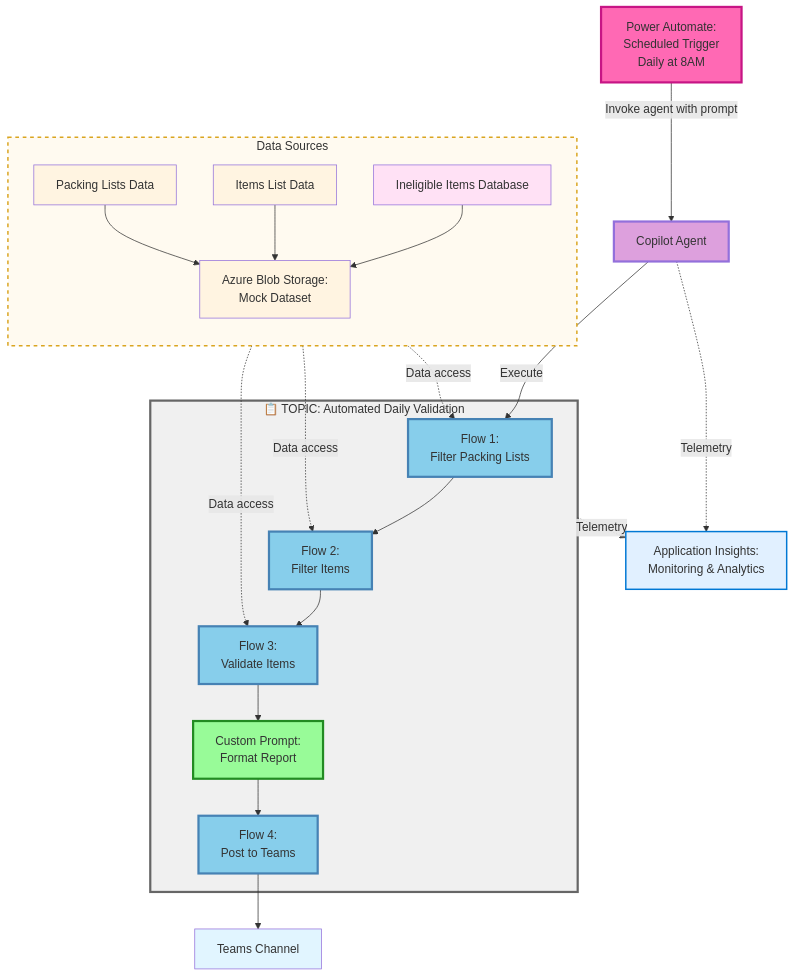
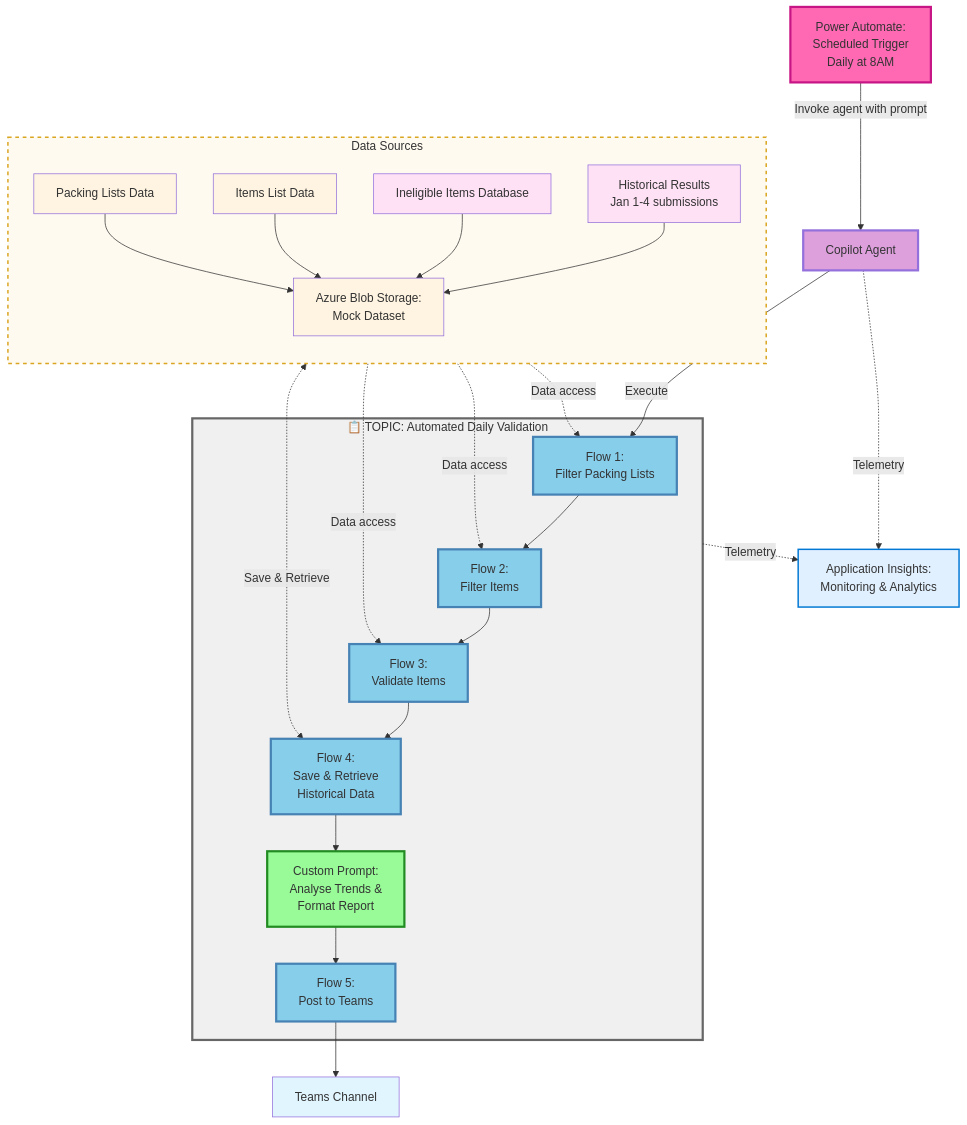
One commit to david-pizzi-cg/agentic-compliance-qa changed the third of 3 diagrams in README.md. Above: the diagram before and after it, drawn with Mermaid. The commit also changed other lines of this file and 12 other files, not shown here.

First line of the commit message:
Add Historical Trend Analysis Feature with Flow 4 (#2)

````diff
--- a/README.md
+++ b/README.md
@@ -248,65 +385,72 @@
 ```mermaid
 flowchart TD
     S[Power Automate:<br/>Scheduled Trigger<br/>Daily at 8AM]
     
     S -->|Invoke agent with prompt| T[Copilot Agent]
     
     T -->|Execute| E
     
     subgraph ADV["📋 TOPIC: Automated Daily Validation"]
         E[Flow 1:<br/>Filter Packing Lists]
         F[Flow 2:<br/>Filter Items]
         G[Flow 3:<br/>Validate Items]
-        H[Custom Prompt:<br/>Format Report]
-        I[Flow 4:<br/>Post to Teams]
+        G4[Flow 4:<br/>Save & Retrieve<br/>Historical Data]
+        H[Custom Prompt:<br/>Analyse Trends &<br/>Format Report]
+        I2[Flow 5:<br/>Post to Teams]
         
         E --> F
         F --> G
-        G --> H
-        H --> I
+        G --> G4
+        G4 --> H
+        H --> I2
     end
     
-    I --> J[Teams Channel]
+    I2 --> J[Teams Channel]
     
     subgraph DS["Data Sources"]
         direction TB
         A[Packing Lists Data]
         B[Items List Data]
         C[Ineligible Items Database]
+        HIS[Historical Results<br/>Jan 1-4 submissions]
         A --> D[Azure Blob Storage:<br/>Mock Dataset]
         B --> D
         C --> D
+        HIS --> D
     end
     
     D -.->|Data access| E
     D -.->|Data access| F
     D -.->|Data access| G
+    D <-.->|Save & Retrieve| G4
     
     T -.->|Telemetry| K[Application Insights:<br/>Monitoring & Analytics]
     ADV -.->|Telemetry| K
     
     style S fill:#ff69b4,stroke:#c71585,stroke-width:3px
     style T fill:#dda0dd,stroke:#9370db,stroke-width:3px
     style ADV fill:#f0f0f0,stroke:#666,stroke-width:3px
     style DS fill:#fffaf0,stroke:#daa520,stroke-width:2px,stroke-dasharray: 5 5
     style K fill:#e1f0ff,stroke:#0078d4,stroke-width:2px
     style A fill:#fff4e1
     style B fill:#fff4e1
     style C fill:#ffe1f5
     style D fill:#fff4e1
     style E fill:#87ceeb,stroke:#4682b4,stroke-width:3px
     style F fill:#87ceeb,stroke:#4682b4,stroke-width:3px
     style G fill:#87ceeb,stroke:#4682b4,stroke-width:3px
+    style G4 fill:#87ceeb,stroke:#4682b4,stroke-width:3px
     style H fill:#98fb98,stroke:#228b22,stroke-width:3px
-    style I fill:#87ceeb,stroke:#4682b4,stroke-width:3px
+    style I2 fill:#87ceeb,stroke:#4682b4,stroke-width:3px
     style J fill:#e1f5ff
+    style HIS fill:#ffe1f5
     
     classDef flow fill:#87ceeb,stroke:#4682b4,stroke-width:3px
     classDef prompt fill:#98fb98,stroke:#228b22,stroke-width:3px
     classDef trigger fill:#ff69b4,stroke:#c71585,stroke-width:3px
     classDef agent fill:#dda0dd,stroke:#9370db,stroke-width:3px
-    class E,F,G,I flow
+    class E,F,G,G4,I2 flow
     class H prompt
     class S trigger
     class T agent
 ```
````
